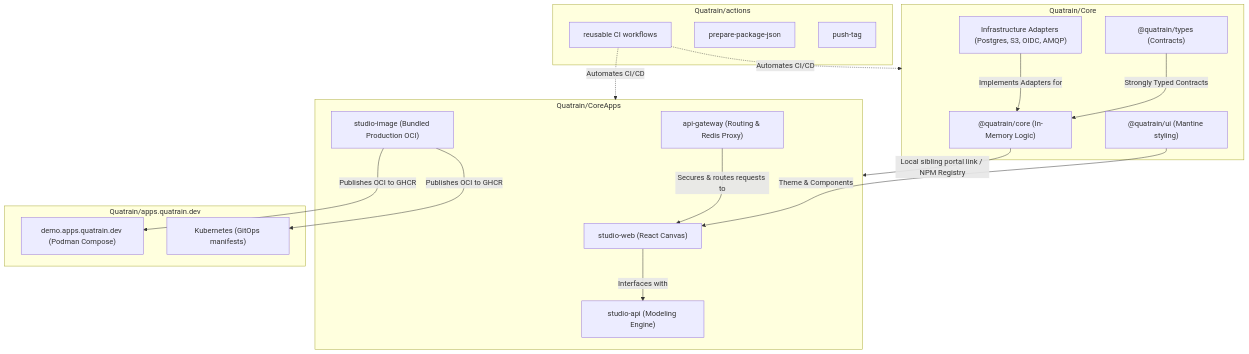
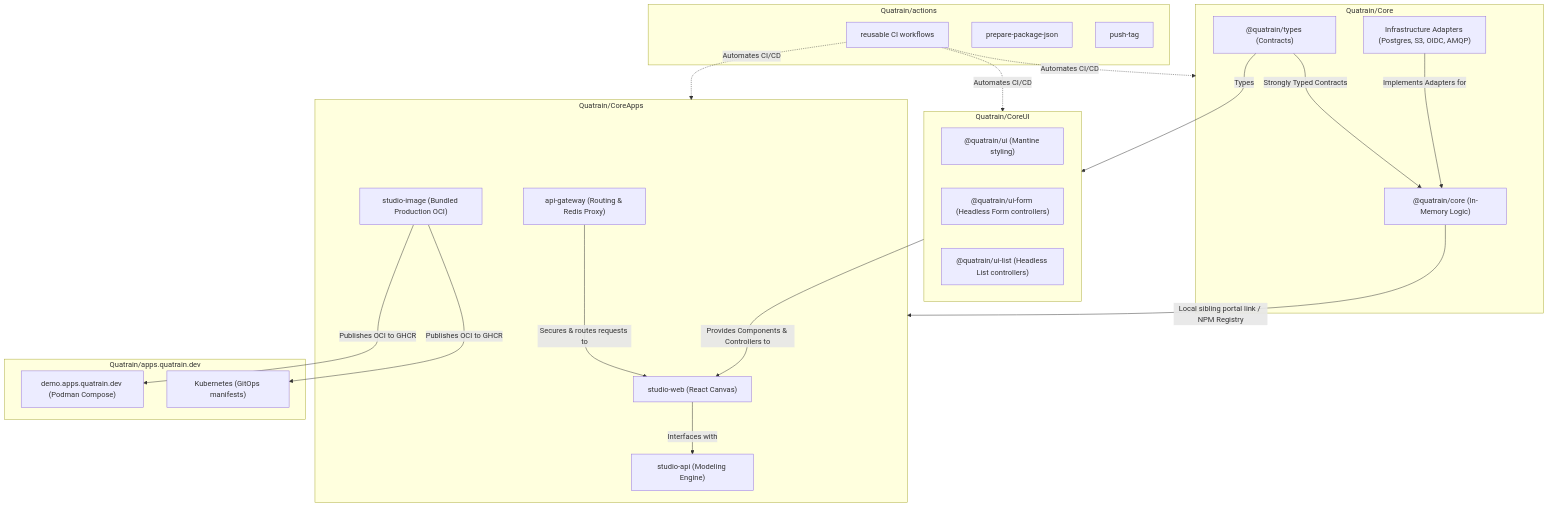
Before and after one commit to Quatrain/.github: the diagram in README.md, drawn with Mermaid. The commit also changed other lines of this file and 1 other file, not shown here.

Commit message:
docs: register CoreUI repository in project documentation and architecture diagrams

````diff
--- a/README.md
+++ b/README.md
@@ -39,43 +40,51 @@
 ```mermaid
 graph TD
     %% Repository Blocks
     subgraph ActionsRepo ["Quatrain/actions"]
         A[reusable CI workflows]
         B[prepare-package-json]
         C[push-tag]
     end
 
     subgraph CoreRepo ["Quatrain/Core"]
         D["@quatrain/core (In-Memory Logic)"]
         E["@quatrain/types (Contracts)"]
         F["Infrastructure Adapters (Postgres, S3, OIDC, AMQP)"]
+    end
+
+    subgraph CoreUIRepo ["Quatrain/CoreUI"]
         G["@quatrain/ui (Mantine styling)"]
+        G1["@quatrain/ui-form (Headless Form controllers)"]
+        G2["@quatrain/ui-list (Headless List controllers)"]
     end
 
     subgraph CoreAppsRepo ["Quatrain/CoreApps"]
         H["studio-web (React Canvas)"]
         I["studio-api (Modeling Engine)"]
         J["api-gateway (Routing & Redis Proxy)"]
         K["studio-image (Bundled Production OCI)"]
     end
 
     subgraph DeployRepo ["Quatrain/apps.quatrain.dev"]
         L["demo.apps.quatrain.dev (Podman Compose)"]
         M["Kubernetes (GitOps manifests)"]
     end
 
     %% Dependency & Flow Links
     A -.->|Automates CI/CD| CoreRepo
+    A -.->|Automates CI/CD| CoreUIRepo
     A -.->|Automates CI/CD| CoreAppsRepo
     
     E -->|Strongly Typed Contracts| D
     F -->|Implements Adapters for| D
-    G -->|Theme & Components| H
+    
+    E -->|Types| CoreUIRepo
+    CoreUIRepo -->|Provides Components & Controllers to| H
     
     D -->|Local sibling portal link / NPM Registry| CoreAppsRepo
     H -->|Interfaces with| I
     
     K -->|Publishes OCI to GHCR| L
     K -->|Publishes OCI to GHCR| M
     J -->|Secures & routes requests to| H
 ```
````
